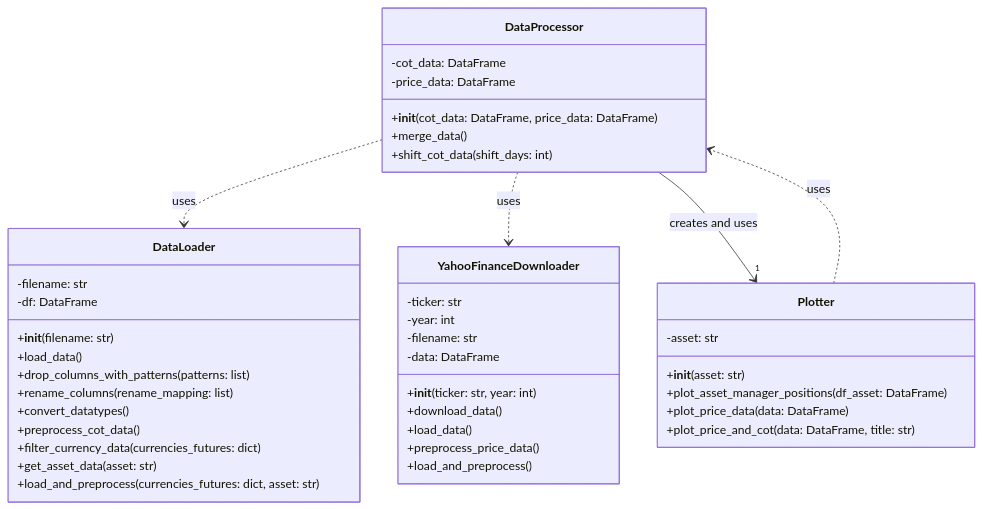
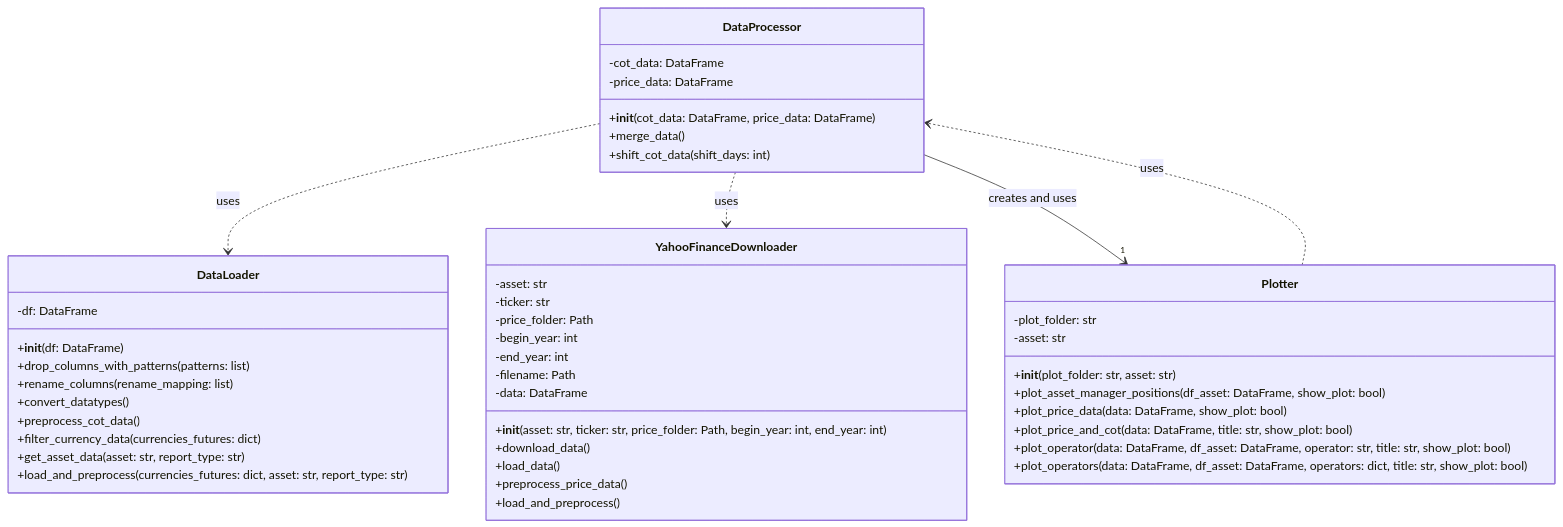
One commit to angelogalanti/cot_reports changed the diagram in analysis/class_diagram.mmd. Above: the diagram before and after it, drawn with Mermaid. The commit also changed 2 other files, not shown here.

Commit message:
Refactor class diagram and constants; update DataLoader, Plotter, and YahooFinanceDownloader initialization parameters

```diff
--- a/analysis/class_diagram.mmd
+++ b/analysis/class_diagram.mmd
@@ -1,47 +1,51 @@
 classDiagram
     class DataLoader {
-        -filename: str
         -df: DataFrame
-        +__init__(filename: str)
-        +load_data()
+        +__init__(df: DataFrame)
         +drop_columns_with_patterns(patterns: list)
         +rename_columns(rename_mapping: list)
         +convert_datatypes()
         +preprocess_cot_data()
         +filter_currency_data(currencies_futures: dict)
-        +get_asset_data(asset: str)
-        +load_and_preprocess(currencies_futures: dict, asset: str)
+        +get_asset_data(asset: str, report_type: str)
+        +load_and_preprocess(currencies_futures: dict, asset: str, report_type: str)
     }
 
     class DataProcessor {
         -cot_data: DataFrame
         -price_data: DataFrame
         +__init__(cot_data: DataFrame, price_data: DataFrame)
         +merge_data()
         +shift_cot_data(shift_days: int)
     }
 
     class Plotter {
+        -plot_folder: str
         -asset: str
-        +__init__(asset: str)
-        +plot_asset_manager_positions(df_asset: DataFrame)
-        +plot_price_data(data: DataFrame)
-        +plot_price_and_cot(data: DataFrame, title: str)
+        +__init__(plot_folder: str, asset: str)
+        +plot_asset_manager_positions(df_asset: DataFrame, show_plot: bool)
+        +plot_price_data(data: DataFrame, show_plot: bool)
+        +plot_price_and_cot(data: DataFrame, title: str, show_plot: bool)
+        +plot_operator(data: DataFrame, df_asset: DataFrame, operator: str, title: str, show_plot: bool)
+        +plot_operators(data: DataFrame, df_asset: DataFrame, operators: dict, title: str, show_plot: bool)
     }
 
     class YahooFinanceDownloader {
+        -asset: str
         -ticker: str
-        -year: int
-        -filename: str
+        -price_folder: Path
+        -begin_year: int
+        -end_year: int
+        -filename: Path
         -data: DataFrame
-        +__init__(ticker: str, year: int)
+        +__init__(asset: str, ticker: str, price_folder: Path, begin_year: int, end_year: int)
         +download_data()
         +load_data()
         +preprocess_price_data()
         +load_and_preprocess()
     }
 
     DataProcessor ..> DataLoader: uses
     DataProcessor ..> YahooFinanceDownloader: uses
     Plotter ..> DataProcessor: uses
     DataProcessor --> "1" Plotter: creates and uses
```
